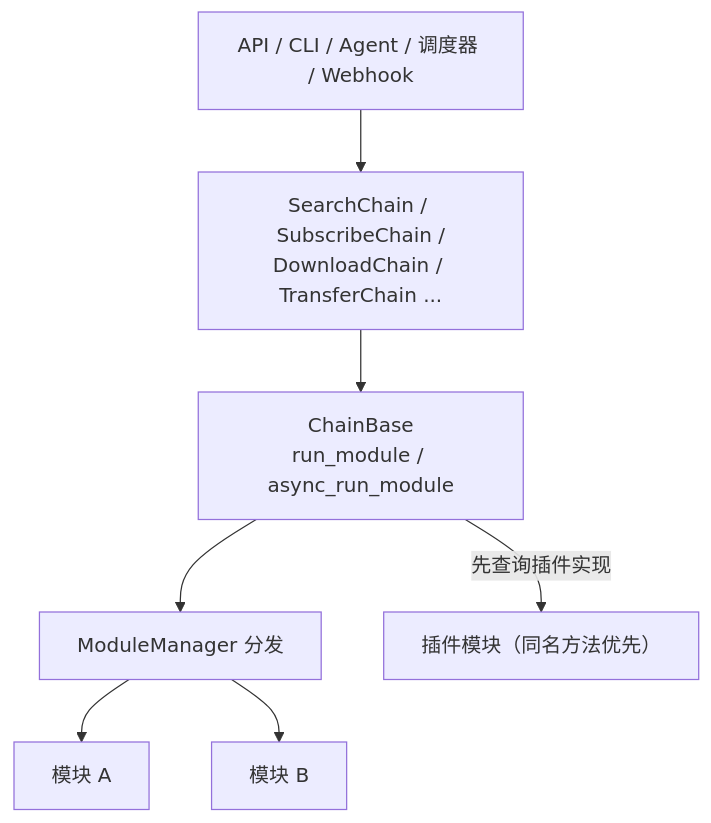
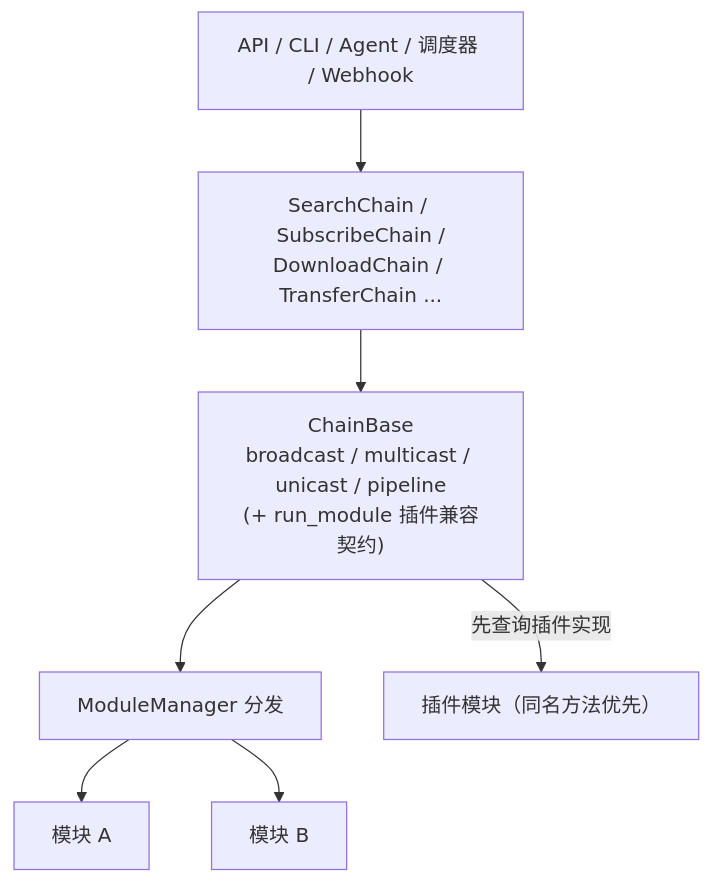
Before and after one commit to jxxghp/MoviePilot: the fifth of 14 diagrams in docs/architecture-overview.md, drawn with Mermaid. The commit also changed other lines of this file and 28 other files, not shown here.

````diff
--- a/docs/architecture-overview.md
+++ b/docs/architecture-overview.md
@@ -302,16 +306,16 @@
 ```mermaid
 flowchart TB
     Entry["API / CLI / Agent / 调度器 / Webhook"]
     C["SearchChain / SubscribeChain /<br/>DownloadChain / TransferChain ..."]
-    Base["ChainBase<br/>run_module / async_run_module"]
+    Base["ChainBase<br/>broadcast / multicast / unicast / pipeline<br/>(+ run_module 插件兼容契约)"]
     MM["ModuleManager 分发"]
     P["插件模块（同名方法优先）"]
     M1["模块 A"]
     M2["模块 B"]
 
     Entry --> C --> Base
     Base -->|先查询插件实现| P
     Base --> MM
     MM --> M1
     MM --> M2
 ```
````
